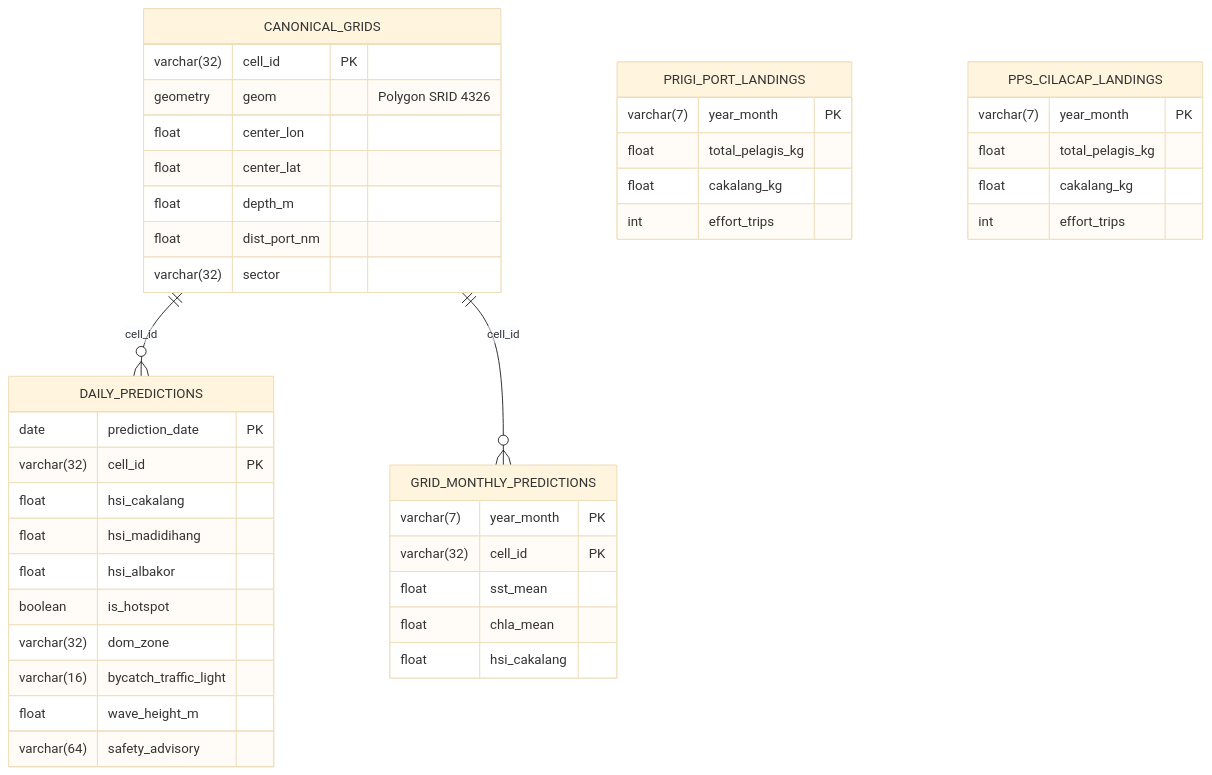
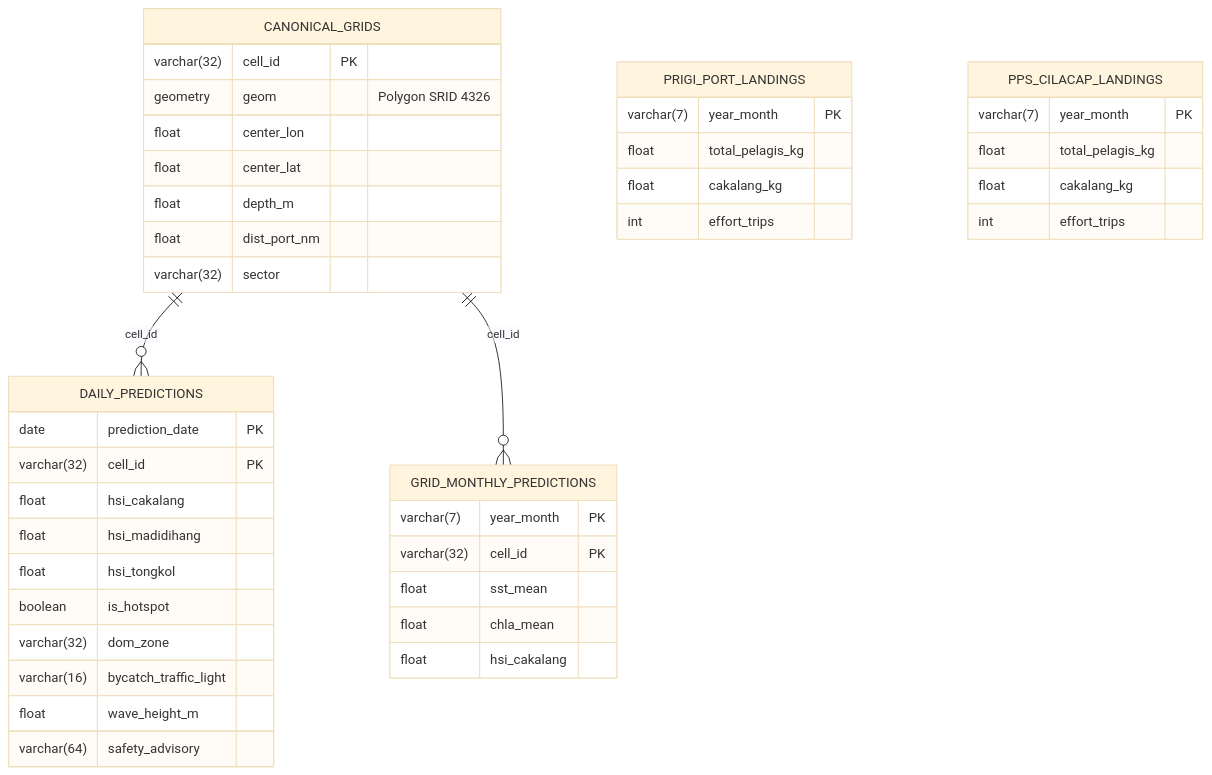
One commit to ZyrexR/seacast-wpp573 changed the diagram in docs/project/SEACAST_TECHNICAL_AUDIT.md. Above: the diagram before and after it, drawn with Mermaid (base theme). The commit also changed other lines of this file and 25 other files, not shown here.

````diff
--- a/docs/project/SEACAST_TECHNICAL_AUDIT.md
+++ b/docs/project/SEACAST_TECHNICAL_AUDIT.md
@@ -125,50 +124,50 @@
 ```mermaid
 erDiagram
     CANONICAL_GRIDS ||--o{ DAILY_PREDICTIONS : "cell_id"
     CANONICAL_GRIDS ||--o{ GRID_MONTHLY_PREDICTIONS : "cell_id"
     
     CANONICAL_GRIDS {
         varchar(32) cell_id PK
         geometry geom "Polygon SRID 4326"
         float center_lon
         float center_lat
         float depth_m
         float dist_port_nm
         varchar(32) sector
     }
     
     DAILY_PREDICTIONS {
         date prediction_date PK
         varchar(32) cell_id PK
         float hsi_cakalang
         float hsi_madidihang
-        float hsi_albakor
+        float hsi_tongkol
         boolean is_hotspot
         varchar(32) dom_zone
         varchar(16) bycatch_traffic_light
         float wave_height_m
         varchar(64) safety_advisory
     }
     
     GRID_MONTHLY_PREDICTIONS {
         varchar(7) year_month PK
         varchar(32) cell_id PK
         float sst_mean
         float chla_mean
         float hsi_cakalang
     }
     
     PRIGI_PORT_LANDINGS {
         varchar(7) year_month PK
         float total_pelagis_kg
         float cakalang_kg
         int effort_trips
     }
 
     PPS_CILACAP_LANDINGS {
         varchar(7) year_month PK
         float total_pelagis_kg
         float cakalang_kg
         int effort_trips
     }
 ```
````
